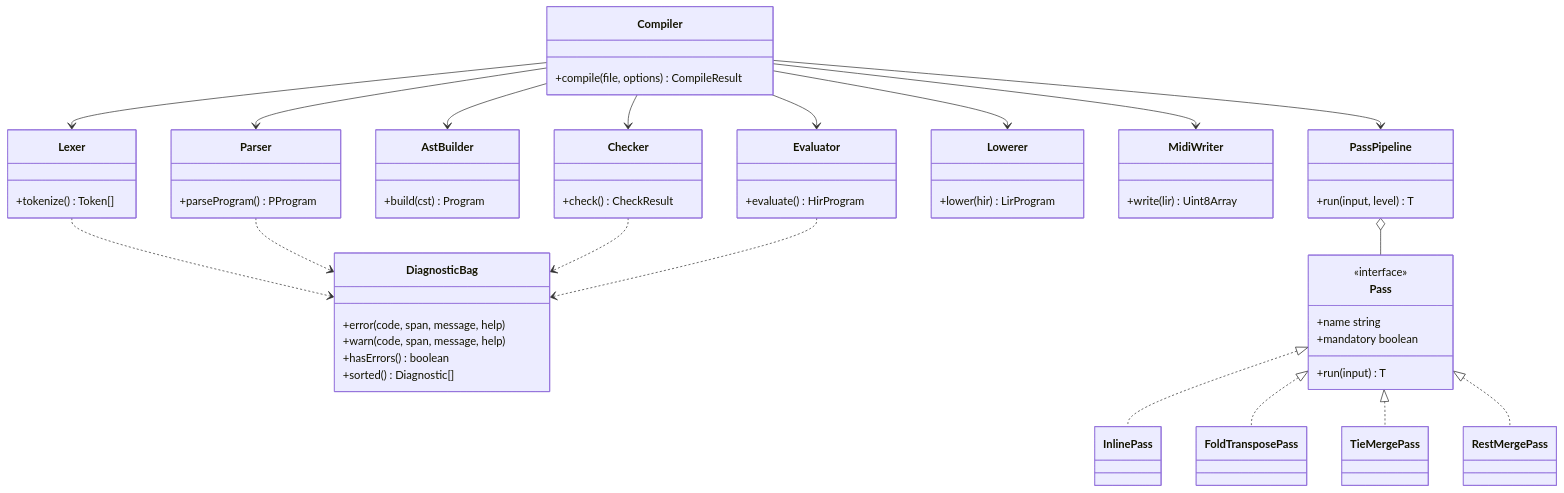
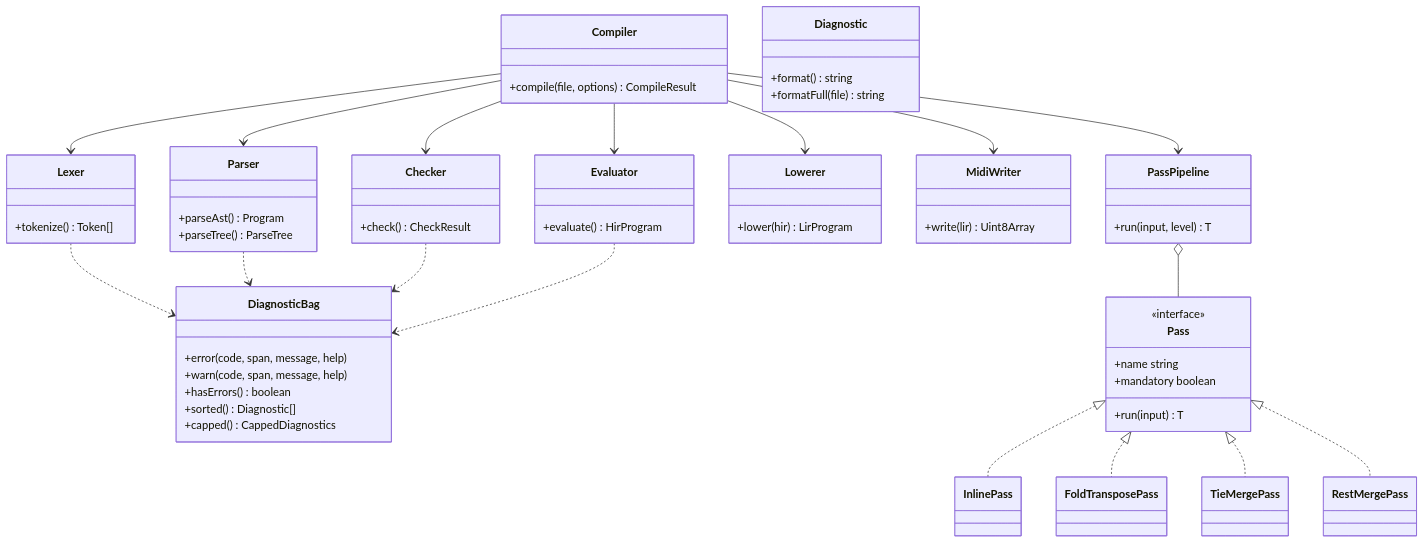
One commit to rhseung/clef changed the first of 2 diagrams in docs/PLAN.md. Above: the diagram before and after it, drawn with Mermaid. The commit also changed other lines of this file and 14 other files, not shown here.

````diff
--- a/docs/PLAN.md
+++ b/docs/PLAN.md
@@ -220,64 +287,66 @@
 ```mermaid
 classDiagram
   class Compiler {
     +compile(file, options) CompileResult
   }
   class DiagnosticBag {
     +error(code, span, message, help)
     +warn(code, span, message, help)
     +hasErrors() boolean
     +sorted() Diagnostic[]
+    +capped() CappedDiagnostics
+  }
+  class Diagnostic {
+    +format() string
+    +formatFull(file) string
   }
   class Lexer {
     +tokenize() Token[]
   }
   class Parser {
-    +parseProgram() PProgram
-  }
-  class AstBuilder {
-    +build(cst) Program
+    +parseAst() Program
+    +parseTree() ParseTree
   }
   class Checker {
     +check() CheckResult
   }
   class Evaluator {
     +evaluate() HirProgram
   }
   class Lowerer {
     +lower(hir) LirProgram
   }
   class MidiWriter {
     +write(lir) Uint8Array
   }
   class Pass {
     <<interface>>
     +name string
     +mandatory boolean
     +run(input) T
   }
   class PassPipeline {
     +run(input, level) T
   }
   class InlinePass
   class FoldTransposePass
   class TieMergePass
   class RestMergePass
 
   Compiler --> Lexer
   Compiler --> Parser
-  Compiler --> AstBuilder
   Compiler --> Checker
   Compiler --> PassPipeline
   Compiler --> Evaluator
   Compiler --> Lowerer
   Compiler --> MidiWriter
   Lexer ..> DiagnosticBag
   Parser ..> DiagnosticBag
   Checker ..> DiagnosticBag
   Evaluator ..> DiagnosticBag
   PassPipeline o-- Pass
   Pass <|.. InlinePass
   Pass <|.. FoldTransposePass
   Pass <|.. TieMergePass
   Pass <|.. RestMergePass
 ```
````
